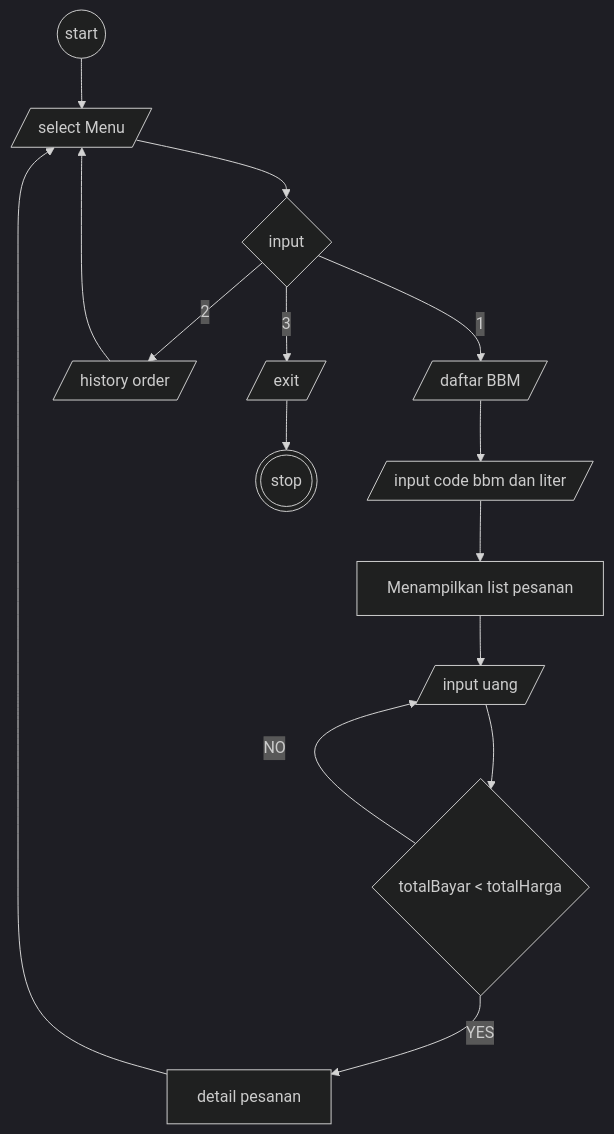
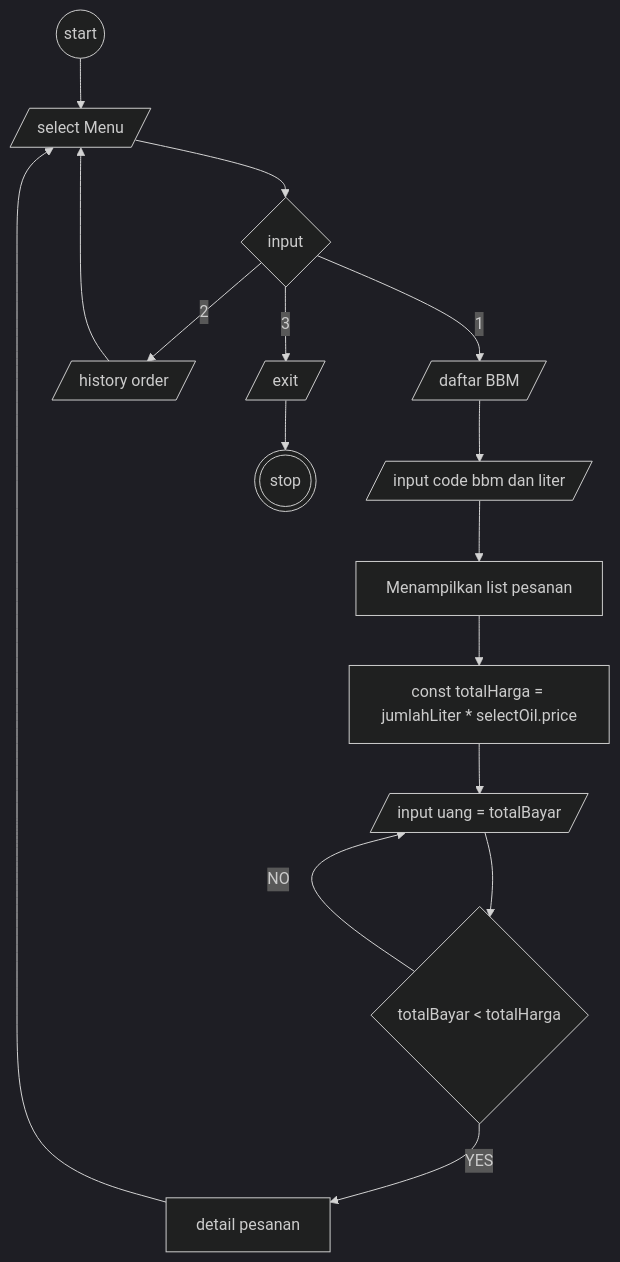
Before and after one commit to ariekas/koda-b4-program1: the diagram in README.md, drawn with Mermaid (dark theme).

Commit message:
doct: Update flowchart deklarasi totalBayar and totalHarga

````diff
--- a/README.md
+++ b/README.md
@@ -8,32 +8,35 @@
 ```mermaid
 flowchart TD
 
 A@{shape: circle, label: "start"}
 B@{shape: lean-r, label: "select Menu"}
 C@{shape: diam, label: "input"}
 D@{shape: lean-r, label: "daftar BBM"}
 E@{shape: lean-r, label: "input code bbm dan liter"}
 F@{shape: proc, label: "Menampilkan list pesanan"}
-G@{shape: lean-r, label: "input uang"}
+G@{shape: lean-r, label: "input uang = totalBayar"}
 H@{shape: diam, label: "totalBayar < totalHarga"}
 I@{shape: proc, label: "detail pesanan"}
 J@{shape: lean-r, label: "history order"}
 K@{shape: lean-r, label: "exit"}
+L@{shpe: lean-r, label: "const totalHarga = jumlahLiter * selectOil.price"}
+
 Z@{shape: dbl-circ, label: "stop"}
 
 A --> B
 B --> C
 C --1--> D
 C --2 --> J
 C --3 --> K
 D --> E
 E --> F
-F --> G
+F --> L
+L --> G
 G --> H
 H -- NO --> G
 H -- YES --> I
 I --> B
 J --> B
 K --> Z
 
 ```
````
